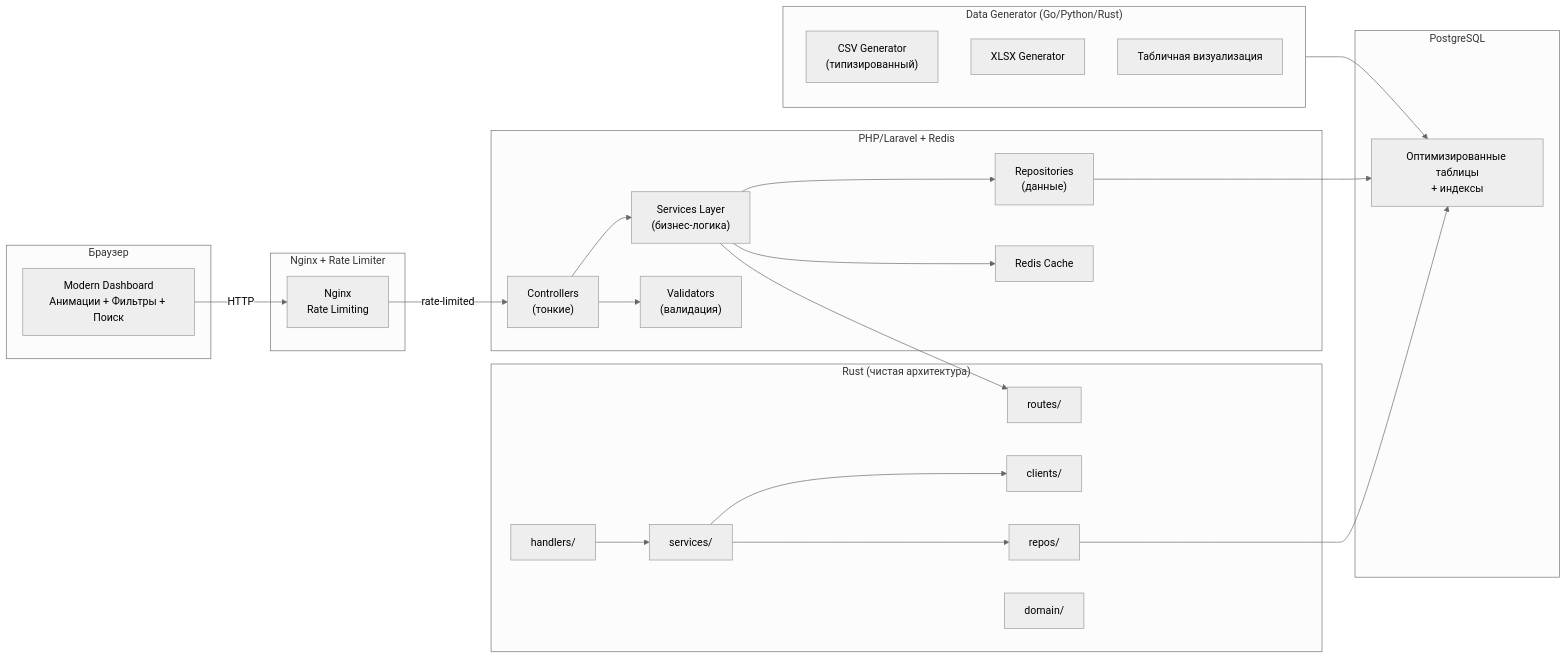
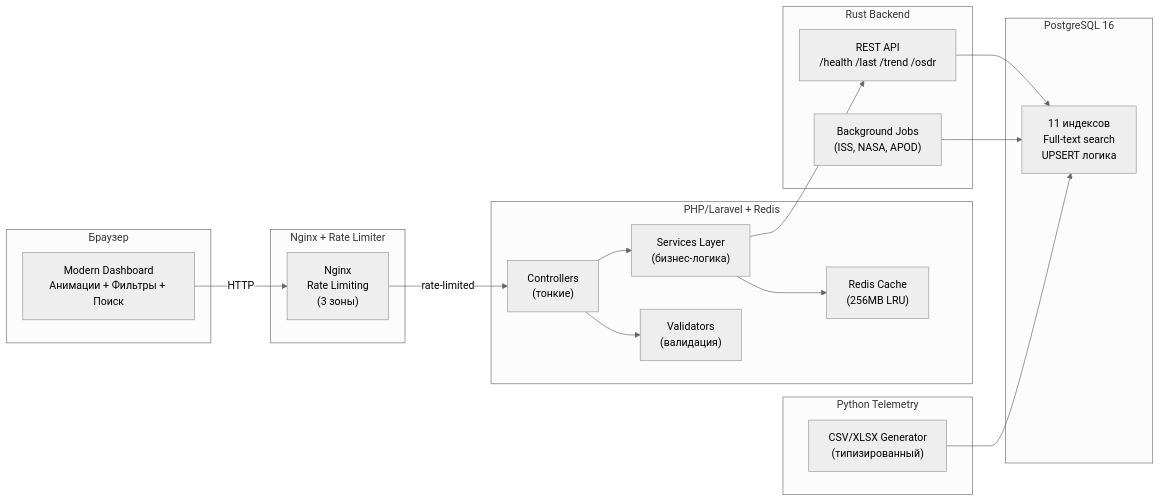
Before and after one commit to KoLili12/he-path-of-the-samurai: the diagram in Readme.md, drawn with Mermaid (neutral theme). The commit also changed other lines of this file, not shown here.

````diff
--- a/Readme.md
+++ b/Readme.md
@@ -145,51 +246,40 @@
 ```mermaid
 flowchart LR
   subgraph Client["Браузер"]
     UI["Modern Dashboard<br/>Анимации + Фильтры + Поиск"]
   end
 
   subgraph Edge["Nginx + Rate Limiter"]
-    N["Nginx<br/>Rate Limiting"]
+    N["Nginx<br/>Rate Limiting<br/>(3 зоны)"]
   end
 
   subgraph Web["PHP/Laravel + Redis"]
     Controllers["Controllers<br/>(тонкие)"]
     Services["Services Layer<br/>(бизнес-логика)"]
-    Repos["Repositories<br/>(данные)"]
     Validators["Validators<br/>(валидация)"]
-    Cache["Redis Cache"]
+    Cache["Redis Cache<br/>(256MB LRU)"]
   end
 
-  subgraph Rust["Rust (чистая архитектура)"]
-    Routes["routes/"]
-    Handlers["handlers/"]
-    RustServices["services/"]
-    Clients["clients/"]
-    RustRepos["repos/"]
-    Domain["domain/"]
+  subgraph Rust["Rust Backend"]
+    RAPI["REST API<br/>/health /last /trend /osdr"]
+    Scheduler["Background Jobs<br/>(ISS, NASA, APOD)"]
   end
 
-  subgraph DB["PostgreSQL"]
-    Tables["Оптимизированные таблицы<br/>+ индексы"]
+  subgraph DB["PostgreSQL 16"]
+    Tables["11 индексов<br/>Full-text search<br/>UPSERT логика"]
   end
 
-  subgraph DataGen["Data Generator (Go/Python/Rust)"]
-    CSVGen["CSV Generator<br/>(типизированный)"]
-    XLSXGen["XLSX Generator"]
-    Visualizer["Табличная визуализация"]
+  subgraph Python["Python Telemetry"]
+    CSVGen["CSV/XLSX Generator<br/>(типизированный)"]
   end
 
   UI -->|HTTP| N
   N -->|rate-limited| Controllers
   Controllers --> Services
   Controllers --> Validators
-  Services --> Repos
   Services --> Cache
-  Services --> Routes
-  Handlers --> RustServices
-  RustServices --> Clients
-  RustServices --> RustRepos
-  RustRepos --> Tables
-  Repos --> Tables
-  DataGen --> Tables
+  Services --> RAPI
+  RAPI --> Tables
+  Scheduler --> Tables
+  CSVGen --> Tables
 ```
````
